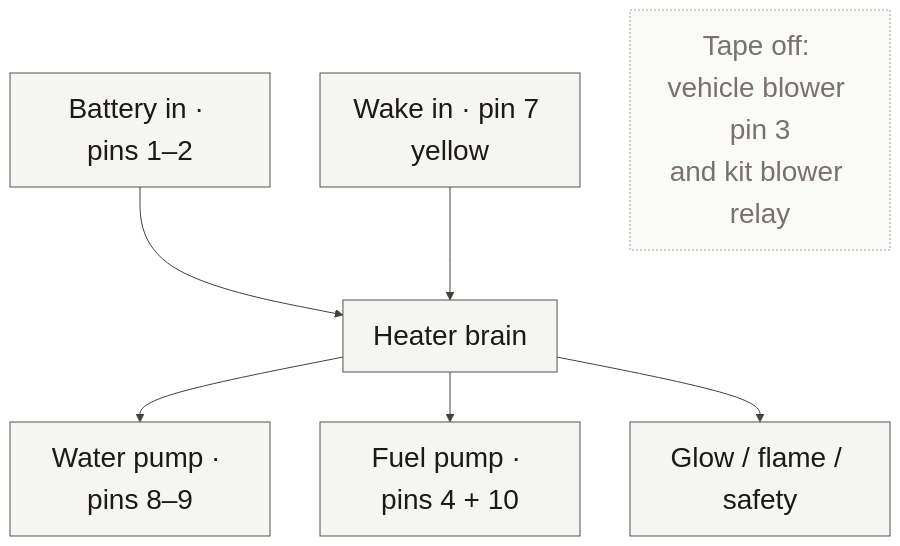
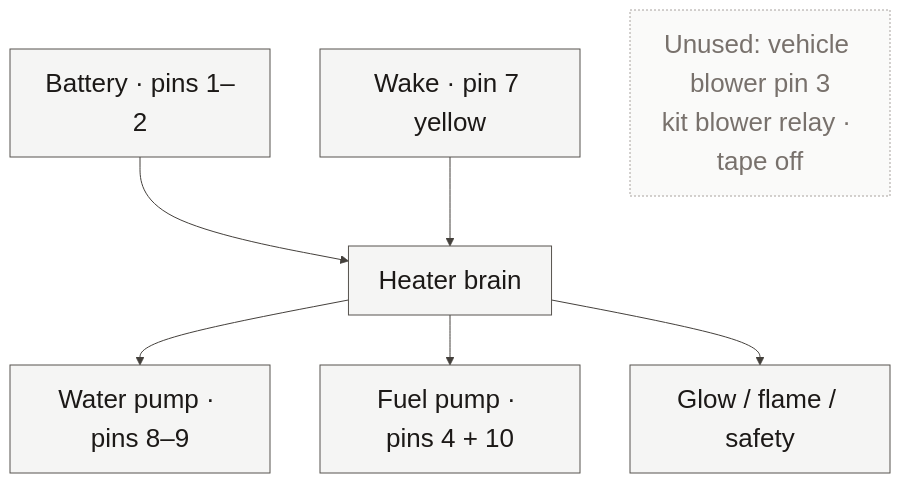
The diagram in book/diagrams/electrical-heater.mmd (benracine/sprinter-heat), drawn with Mermaid before and after one commit. The commit also changed 21 other files, not shown here.

```diff
--- a/book/diagrams/electrical-heater.mmd
+++ b/book/diagrams/electrical-heater.mmd
@@ -1,16 +1,16 @@
-%%{init: {'theme':'base','themeVariables': {'background':'#fafaf9','primaryColor':'#f5f5f4','primaryTextColor':'#1c1917','primaryBorderColor':'#57534e','lineColor':'#44403c','secondaryColor':'#e7e5e4','tertiaryColor':'#eeeeec','fontFamily':'Avenir Next, Avenir, Helvetica Neue, sans-serif','fontSize':'28px','textColor':'#1c1917','mainBkg':'#f5f5f4','clusterBkg':'#eeeeec','clusterBorder':'#78716c','edgeLabelBackground':'#fafaf9'}}}%%
+%%{init: {'theme':'base','themeVariables': {'background':'#fafaf9','primaryColor':'#f5f5f4','primaryTextColor':'#1c1917','primaryBorderColor':'#57534e','lineColor':'#44403c','secondaryColor':'#e7e5e4','tertiaryColor':'#eeeeec','fontFamily':'Avenir Next, Avenir, Helvetica Neue, sans-serif','fontSize':'26px','textColor':'#1c1917','mainBkg':'#f5f5f4','clusterBkg':'#eeeeec','clusterBorder':'#78716c','edgeLabelBackground':'#fafaf9'}}}%%
 flowchart TB
-  PWR["Battery in · pins 1–2"]
-  WAKE["Wake in · pin 7 yellow"]
+  PWR["Battery · pins 1–2"]
+  WAKE["Wake · pin 7 yellow"]
   ECU["Heater brain"]
   PWR --> ECU
   WAKE --> ECU
   ECU --> PUMP["Water pump · pins 8–9"]
   ECU --> FUEL["Fuel pump · pins 4 + 10"]
   ECU --> BURN["Glow / flame / safety"]
-  X["Tape off: vehicle blower pin 3<br/>and kit blower relay"]
+  X["Unused: vehicle blower pin 3<br/>kit blower relay · tape off"]
 
   classDef solid fill:#f5f5f4,stroke:#57534e,stroke-width:1px,color:#1c1917;
   classDef skip fill:#fafaf9,stroke:#a8a29e,stroke-width:1px,stroke-dasharray:2 2,color:#78716c;
   class PWR,WAKE,ECU,PUMP,FUEL,BURN solid;
   class X skip;
```
